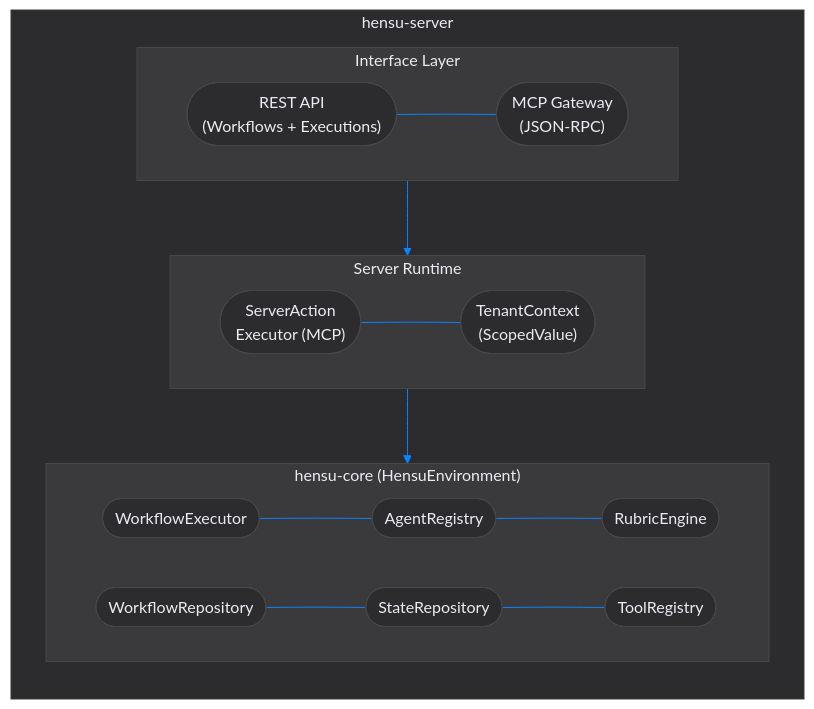
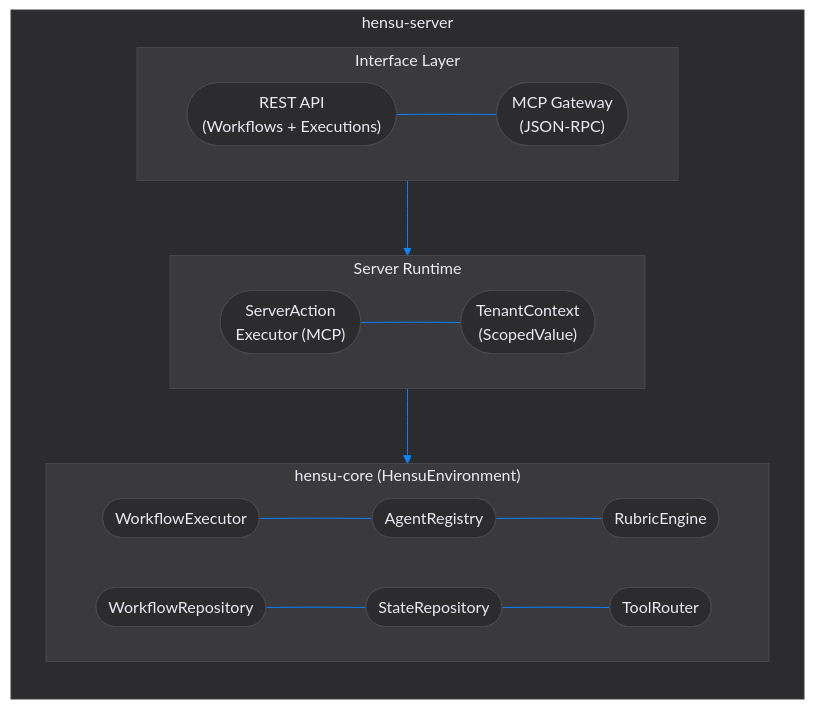
The first of 2 diagrams in hensu-server/README.md (hensu-project/hensu), drawn with Mermaid before and after one commit. The commit also changed other lines of this file and 50 other files, not shown here.

````diff
--- a/hensu-server/README.md
+++ b/hensu-server/README.md
@@ -21,37 +21,37 @@
 ```mermaid
 flowchart TD
     subgraph server["hensu-server"]
         direction TB
         subgraph api["Interface Layer"]
             direction LR
             rest(["REST API\n(Workflows + Executions)"]) ~~~ mcpgw(["MCP Gateway\n(JSON-RPC)"])
         end
         subgraph runtime["Server Runtime"]
             direction LR
             sae(["ServerAction\nExecutor (MCP)"]) ~~~ tc(["TenantContext\n(ScopedValue)"])
         end
         subgraph core["hensu-core (HensuEnvironment)"]
             direction LR
             we(["WorkflowExecutor"]) ~~~ ar(["AgentRegistry"]) ~~~ re(["RubricEngine"])
-            wr(["WorkflowRepository"]) ~~~ sr(["StateRepository"]) ~~~ tr(["ToolRegistry"])
+            wr(["WorkflowRepository"]) ~~~ sr(["StateRepository"]) ~~~ tr(["ToolRouter"])
         end
         api --> runtime --> core
     end
 
     style server fill:#2c2c2e, stroke:#3a3a3c, color:#ebebf5, stroke-width:1px
     style api fill:#3a3a3c, stroke:#48484a, color:#ebebf5, stroke-width:1px
     style runtime fill:#3a3a3c, stroke:#48484a, color:#ebebf5, stroke-width:1px
     style core fill:#3a3a3c, stroke:#48484a, color:#ebebf5, stroke-width:1px
     style rest fill:#2c2c2e, stroke:#48484a, color:#ebebf5, stroke-width:1px
     style mcpgw fill:#2c2c2e, stroke:#48484a, color:#ebebf5, stroke-width:1px
     style sae fill:#2c2c2e, stroke:#48484a, color:#ebebf5, stroke-width:1px
     style tc fill:#2c2c2e, stroke:#48484a, color:#ebebf5, stroke-width:1px
     style we fill:#2c2c2e, stroke:#48484a, color:#ebebf5, stroke-width:1px
     style ar fill:#2c2c2e, stroke:#48484a, color:#ebebf5, stroke-width:1px
     style re fill:#2c2c2e, stroke:#48484a, color:#ebebf5, stroke-width:1px
     style wr fill:#2c2c2e, stroke:#48484a, color:#ebebf5, stroke-width:1px
     style sr fill:#2c2c2e, stroke:#48484a, color:#ebebf5, stroke-width:1px
     style tr fill:#2c2c2e, stroke:#48484a, color:#ebebf5, stroke-width:1px
 
     linkStyle default stroke:#0A84FF, stroke-width:1px
 ```
````
